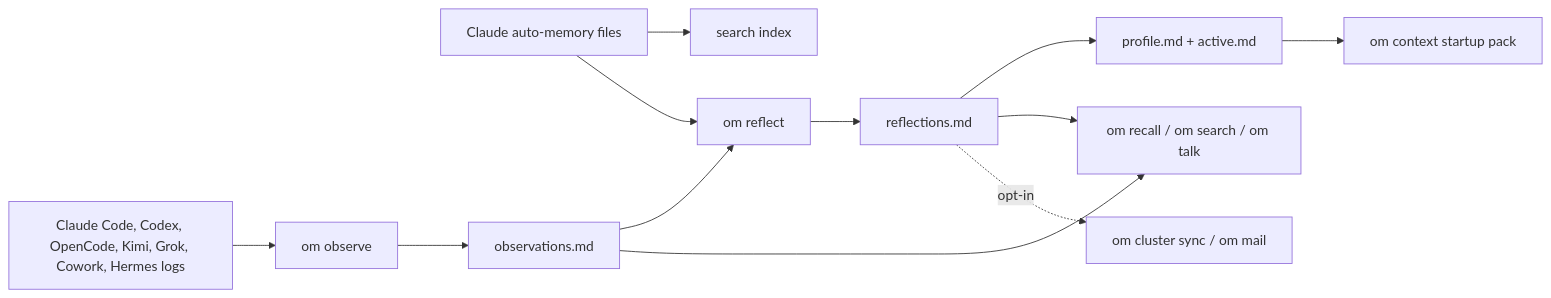
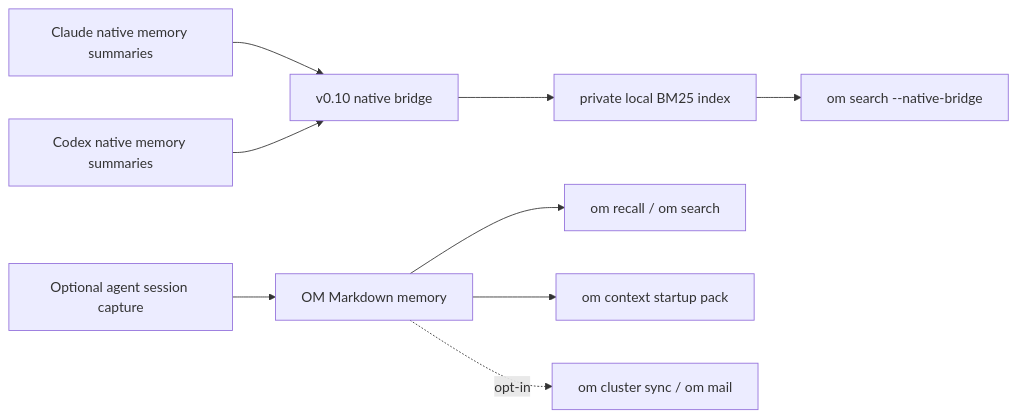
One commit to intertwine/observational-memory changed the diagram in README.md. Above: the diagram before and after it, drawn with Mermaid. The commit also changed other lines of this file and 55 other files, not shown here.

````diff
--- a/README.md
+++ b/README.md
@@ -62,14 +98,11 @@
 ```mermaid
 flowchart LR
-    A["Claude Code, Codex, OpenCode, Kimi, Grok, Cowork, Hermes logs"] --> B["om observe"]
-    C["Claude auto-memory files"] --> D["search index"]
-    C --> F
-    B --> E["observations.md"]
-    E --> F["om reflect"]
-    F --> G["reflections.md"]
-    G --> H["profile.md + active.md"]
-    H --> I["om context startup pack"]
-    E --> J
-    G --> J["om recall / om search / om talk"]
-    G -. opt-in .-> K["om cluster sync / om mail"]
+    A["Claude native memory summaries"] --> B["v0.10 native bridge"]
+    C["Codex native memory summaries"] --> B
+    B --> D["private local BM25 index"]
+    D --> E["om search --native-bridge"]
+    F["Optional agent session capture"] --> G["OM Markdown memory"]
+    G --> H["om recall / om search"]
+    G --> I["om context startup pack"]
+    G -. opt-in .-> J["om cluster sync / om mail"]
 ```
````
